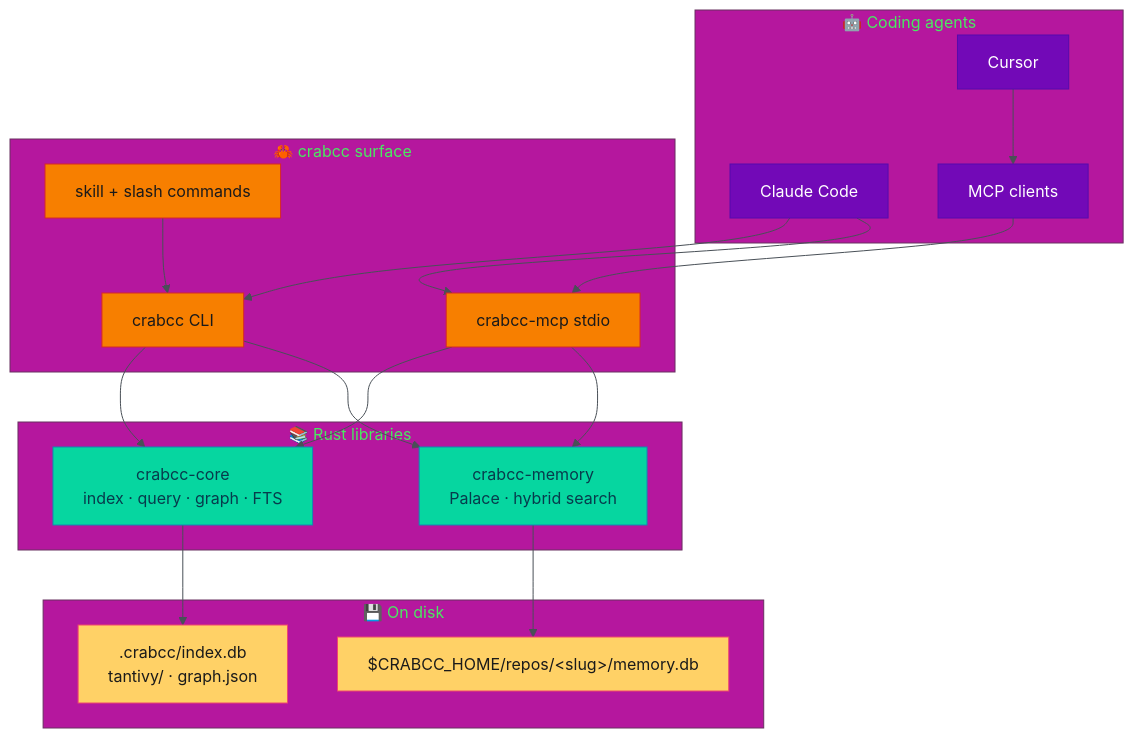
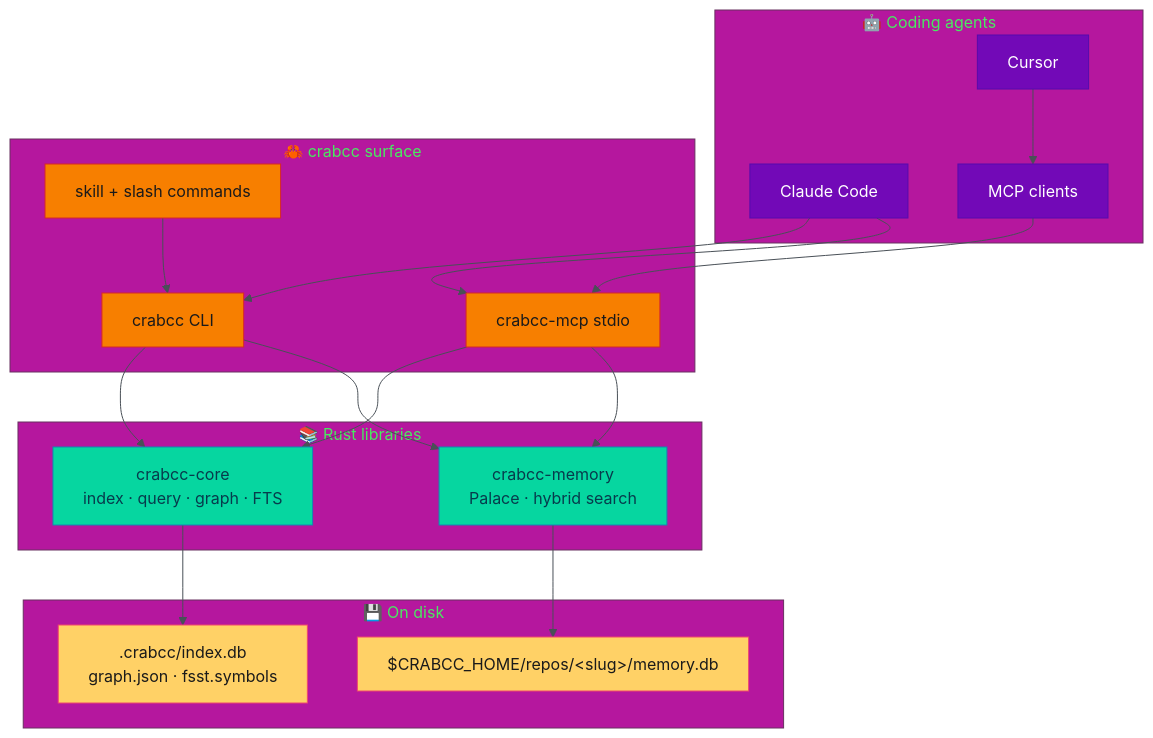
One commit to crabcc-labs/crabcc changed the first of 12 diagrams in docs/OVERVIEW.md. Above: the diagram before and after it, drawn with Mermaid. The commit also changed other lines of this file and 20 other files, not shown here.

````diff
--- a/docs/OVERVIEW.md
+++ b/docs/OVERVIEW.md
@@ -14,58 +14,58 @@
 ```mermaid
 %%{init: {'theme': 'base', 'themeVariables': {
   'primaryColor': '#e85d04',
   'primaryTextColor': '#1a1a1a',
   'primaryBorderColor': '#dc2f02',
   'secondaryColor': '#4cc9f0',
   'secondaryTextColor': '#0d1b2a',
   'tertiaryColor': '#b5179e',
   'lineColor': '#495057',
   'fontFamily': 'ui-sans-serif, system-ui, sans-serif'
 }}}%%
 flowchart TB
   subgraph agents["🤖 Coding agents"]
     CC[Claude Code]
     CU[Cursor]
     MCP[MCP clients]
   end
 
   subgraph crabcc["🦀 crabcc surface"]
     CLI[crabcc CLI]
     SRV[crabcc-mcp stdio]
     SKILL[skill + slash commands]
   end
 
   subgraph libs["📚 Rust libraries"]
     CORE[crabcc-core<br/>index · query · graph · FTS]
     MEM[crabcc-memory<br/>Palace · hybrid search]
   end
 
   subgraph disk["💾 On disk"]
-    IDX[".crabcc/index.db<br/>tantivy/ · graph.json"]
+    IDX[".crabcc/index.db<br/>graph.json · fsst.symbols"]
     HOME["$CRABCC_HOME/repos/&lt;slug&gt;/memory.db"]
   end
 
   CC --> CLI
   CC --> SRV
   CU --> MCP
   MCP --> SRV
   SKILL --> CLI
 
   CLI --> CORE
   CLI --> MEM
   SRV --> CORE
   SRV --> MEM
 
   CORE --> IDX
   MEM --> HOME
 
   classDef agent fill:#7209b7,stroke:#560bad,color:#fff
   classDef surface fill:#f77f00,stroke:#d62828,color:#1a1a1a
   classDef lib fill:#06d6a0,stroke:#118ab2,color:#073b4c
   classDef store fill:#ffd166,stroke:#ef476f,color:#1a1a1a
 
   class CC,CU,MCP agent
   class CLI,SRV,SKILL surface
   class CORE,MEM lib
   class IDX,HOME store
 ```
````
